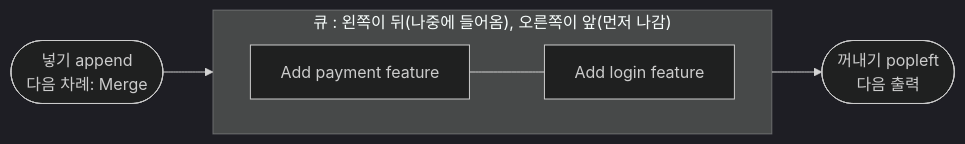
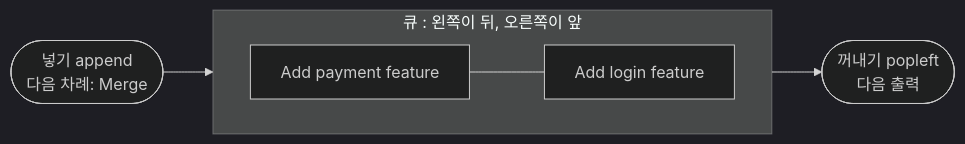
The eighth of 18 diagrams in README.md (0802222/Codyssey-B5-2-Mini-Git), drawn with Mermaid (dark theme) before and after one commit. The commit also changed other lines of this file and 2 other files, not shown here.

````diff
--- a/README.md
+++ b/README.md
@@ -249,9 +617,9 @@
 ```mermaid
 flowchart LR
     IN(["넣기 append<br/>다음 차례: Merge"]) --> q2
-    subgraph queue["큐 : 왼쪽이 뒤(나중에 들어옴), 오른쪽이 앞(먼저 나감)"]
+    subgraph queue["큐 : 왼쪽이 뒤, 오른쪽이 앞"]
         direction LR
         q2["Add payment feature"] --- q1["Add login feature"]
     end
     q1 --> OUT(["꺼내기 popleft<br/>다음 출력"])
 ```
````
